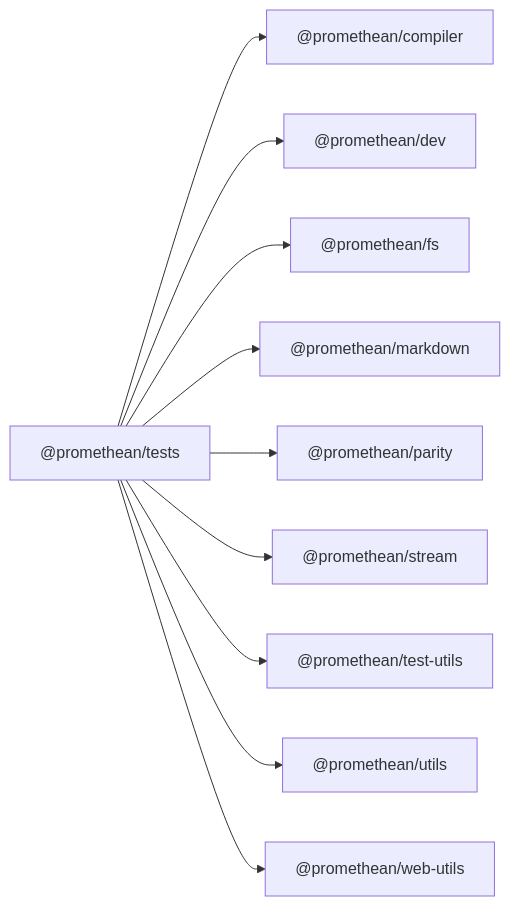
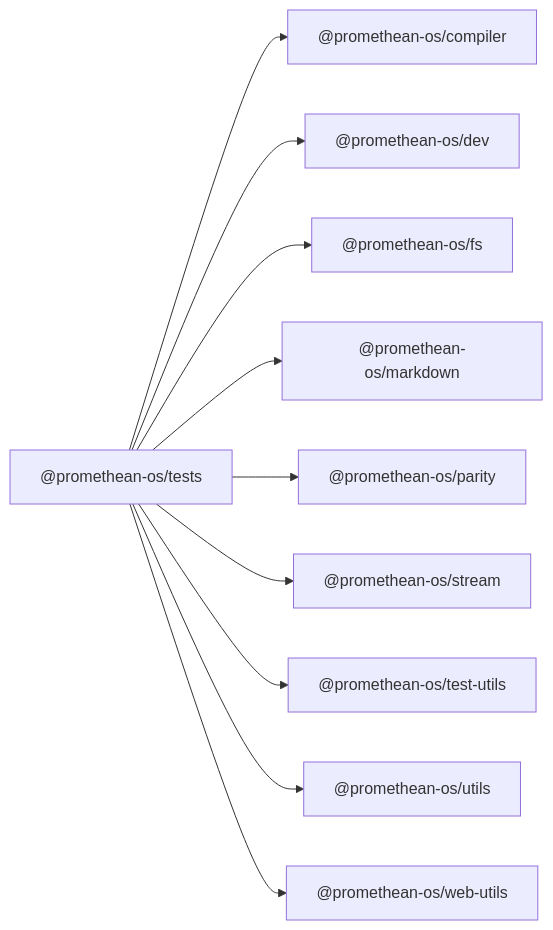
One commit to octave-commons/promethean changed the diagram in docs/packages/tests/README.md. Above: the diagram before and after it, drawn with Mermaid. The commit also changed other lines of this file and 1753 other files, not shown here.

````diff
--- a/docs/packages/tests/README.md
+++ b/docs/packages/tests/README.md
@@ -14,31 +14,31 @@
 ```mermaid
 graph LR
-  A["@promethean/tests"]
-  D1["@promethean/compiler"]
-  D2["@promethean/dev"]
-  D3["@promethean/fs"]
-  D4["@promethean/markdown"]
-  D5["@promethean/parity"]
-  D6["@promethean/stream"]
-  D7["@promethean/test-utils"]
-  D8["@promethean/utils"]
-  D9["@promethean/web-utils"]
-  A --> D1["@promethean/compiler"]
-  A --> D2["@promethean/dev"]
-  A --> D3["@promethean/fs"]
-  A --> D4["@promethean/markdown"]
-  A --> D5["@promethean/parity"]
-  A --> D6["@promethean/stream"]
-  A --> D7["@promethean/test-utils"]
-  A --> D8["@promethean/utils"]
-  A --> D9["@promethean/web-utils"]
-  click D1 "../compiler/README.md" "@promethean/compiler"
-  click D2 "../dev/README.md" "@promethean/dev"
-  click D3 "../fs/README.md" "@promethean/fs"
-  click D4 "../markdown/README.md" "@promethean/markdown"
-  click D5 "../parity/README.md" "@promethean/parity"
-  click D6 "../stream/README.md" "@promethean/stream"
-  click D7 "../test-utils/README.md" "@promethean/test-utils"
-  click D8 "../utils/README.md" "@promethean/utils"
-  click D9 "../web-utils/README.md" "@promethean/web-utils"
+  A["@promethean-os/tests"]
+  D1["@promethean-os/compiler"]
+  D2["@promethean-os/dev"]
+  D3["@promethean-os/fs"]
+  D4["@promethean-os/markdown"]
+  D5["@promethean-os/parity"]
+  D6["@promethean-os/stream"]
+  D7["@promethean-os/test-utils"]
+  D8["@promethean-os/utils"]
+  D9["@promethean-os/web-utils"]
+  A --> D1["@promethean-os/compiler"]
+  A --> D2["@promethean-os/dev"]
+  A --> D3["@promethean-os/fs"]
+  A --> D4["@promethean-os/markdown"]
+  A --> D5["@promethean-os/parity"]
+  A --> D6["@promethean-os/stream"]
+  A --> D7["@promethean-os/test-utils"]
+  A --> D8["@promethean-os/utils"]
+  A --> D9["@promethean-os/web-utils"]
+  click D1 "../compiler/README.md" "@promethean-os/compiler"
+  click D2 "../dev/README.md" "@promethean-os/dev"
+  click D3 "../fs/README.md" "@promethean-os/fs"
+  click D4 "../markdown/README.md" "@promethean-os/markdown"
+  click D5 "../parity/README.md" "@promethean-os/parity"
+  click D6 "../stream/README.md" "@promethean-os/stream"
+  click D7 "../test-utils/README.md" "@promethean-os/test-utils"
+  click D8 "../utils/README.md" "@promethean-os/utils"
+  click D9 "../web-utils/README.md" "@promethean-os/web-utils"
 ```
````
